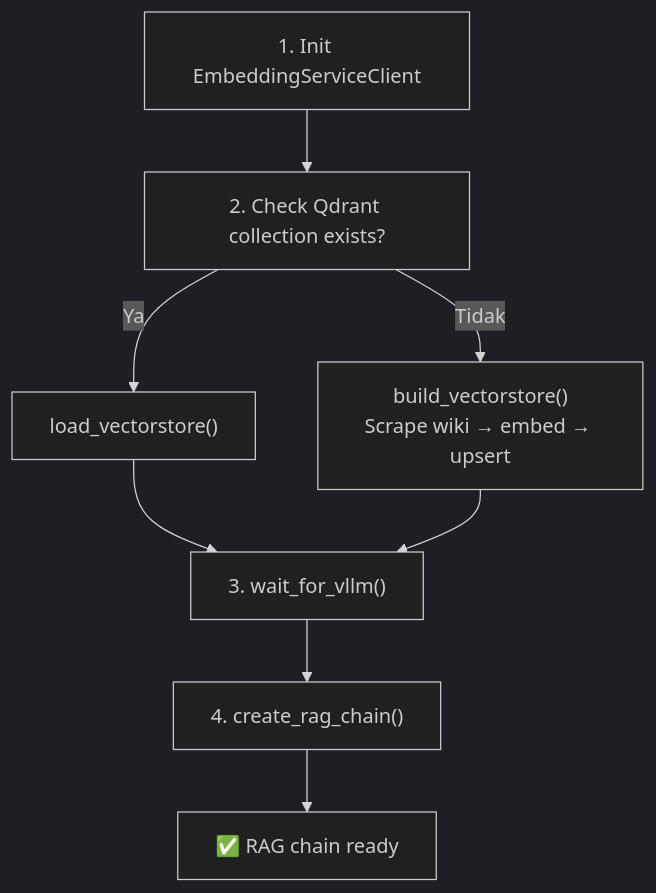
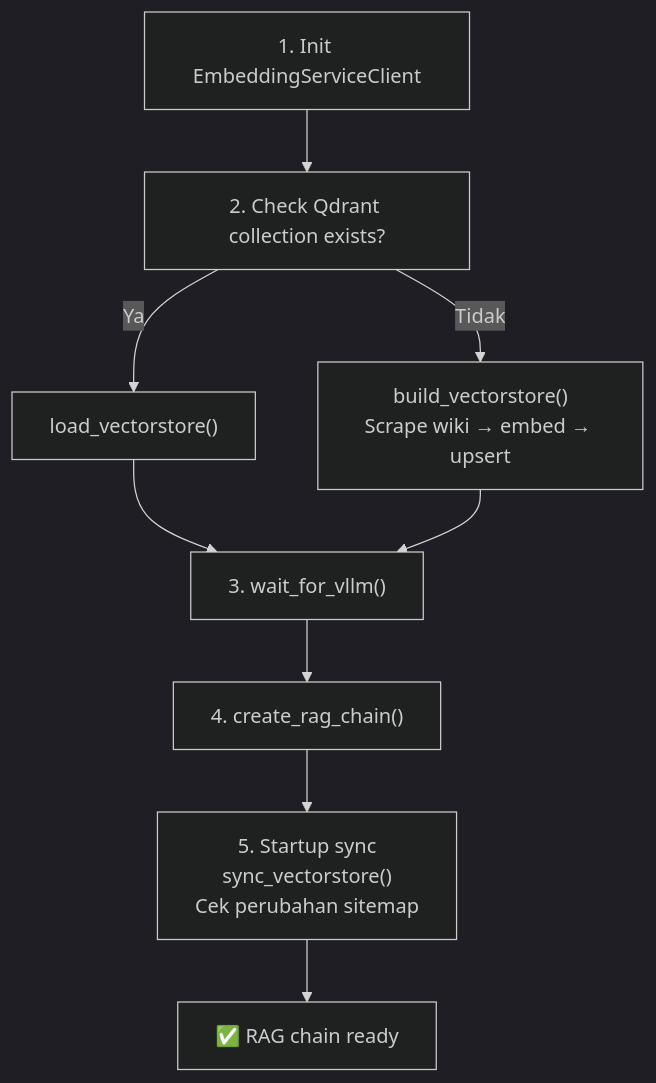
The eighth of 13 diagrams in docs/MICROSERVICES_ARCHITECTURE.md (kristonova/rag-for-l1-aleleon-hpc-support), drawn with Mermaid (dark theme) before and after one commit. The commit also changed other lines of this file, not shown here.

Commit message:
docs: add microservices architecture documentation and archive rag_slurm_vllm.py script

````diff
--- a/docs/MICROSERVICES_ARCHITECTURE.md
+++ b/docs/MICROSERVICES_ARCHITECTURE.md
@@ -275,10 +352,11 @@
 ```mermaid
 graph TD
     A["1. Init EmbeddingServiceClient"] --> B["2. Check Qdrant collection exists?"]
     B -->|Ya| C["load_vectorstore()"]
     B -->|Tidak| D["build_vectorstore()<br/>Scrape wiki → embed → upsert"]
     C --> E["3. wait_for_vllm()"]
     D --> E
     E --> F["4. create_rag_chain()"]
-    F --> G["✅ RAG chain ready"]
+    F --> G["5. Startup sync<br/>sync_vectorstore()<br/>Cek perubahan sitemap"]
+    G --> H["✅ RAG chain ready"]
 ```
````
